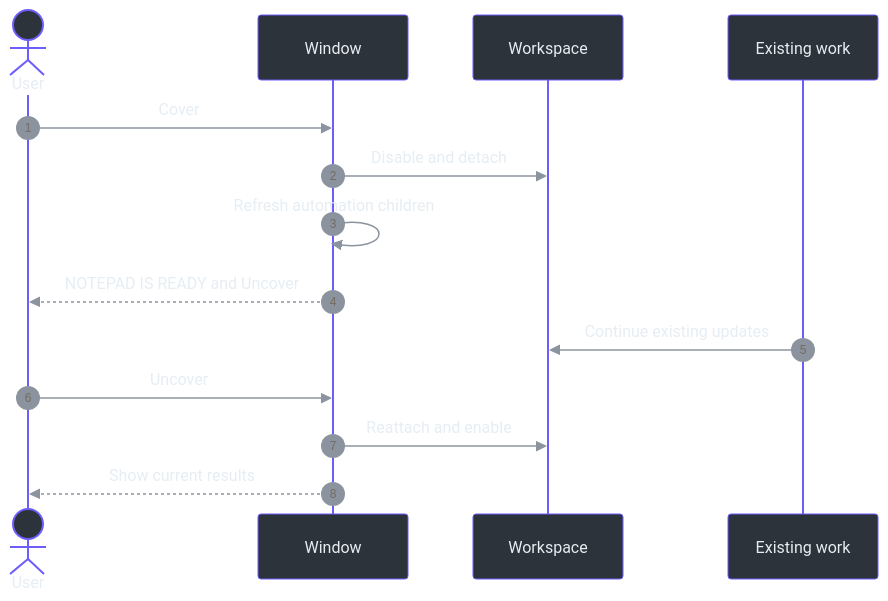
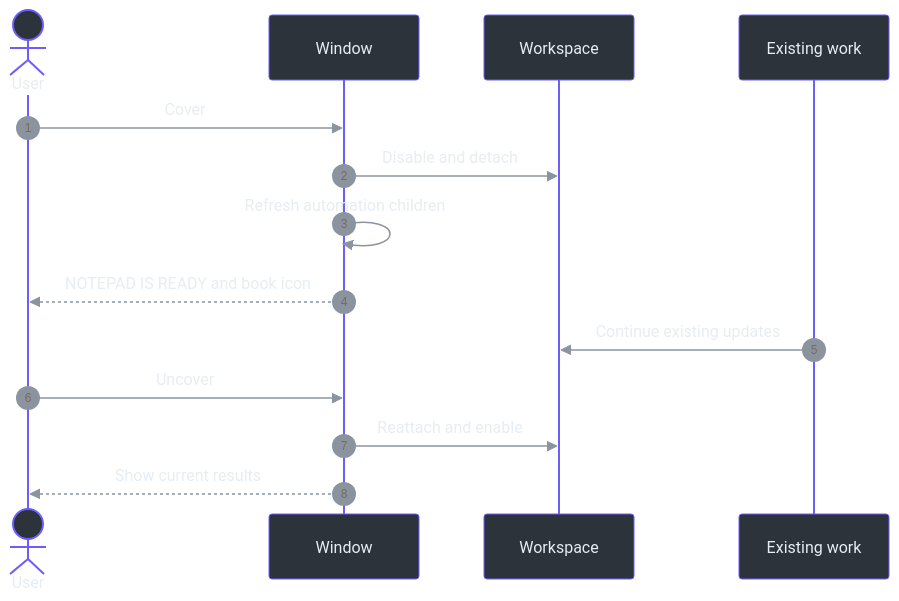
Before and after one commit to Zanark/phantom-fudge: the diagram in docs/handbook/assets/diagrams/cover-and-privacy-01.mmd, drawn with Mermaid. The commit also changed 88 other files, not shown here.

```diff
--- a/docs/handbook/assets/diagrams/cover-and-privacy-01.mmd
+++ b/docs/handbook/assets/diagrams/cover-and-privacy-01.mmd
@@ -1,19 +1,19 @@
 ---
 config: {"theme":"base","themeVariables":{"darkMode":true,"primaryColor":"#2d333b","primaryBorderColor":"#6d5dfc","primaryTextColor":"#e6edf3","lineColor":"#8b949e","textColor":"#e6edf3","actorBkg":"#2d333b","actorBorder":"#6d5dfc","actorTextColor":"#e6edf3","signalColor":"#8b949e","signalTextColor":"#e6edf3"}}
 ---
 sequenceDiagram
     accTitle: Visual cover without stopping work
     accDescr: The same window replaces its workspace with a cover, while existing model and transcript state continue updating.
     autonumber
     actor User
     participant Window
     participant Workspace
     participant Work as Existing work
     User->>Window: Cover
     Window->>Workspace: Disable and detach
     Window->>Window: Refresh automation children
-    Window-->>User: NOTEPAD IS READY and Uncover
+    Window-->>User: NOTEPAD IS READY and book icon
     Work->>Workspace: Continue existing updates
     User->>Window: Uncover
     Window->>Workspace: Reattach and enable
     Window-->>User: Show current results
```
